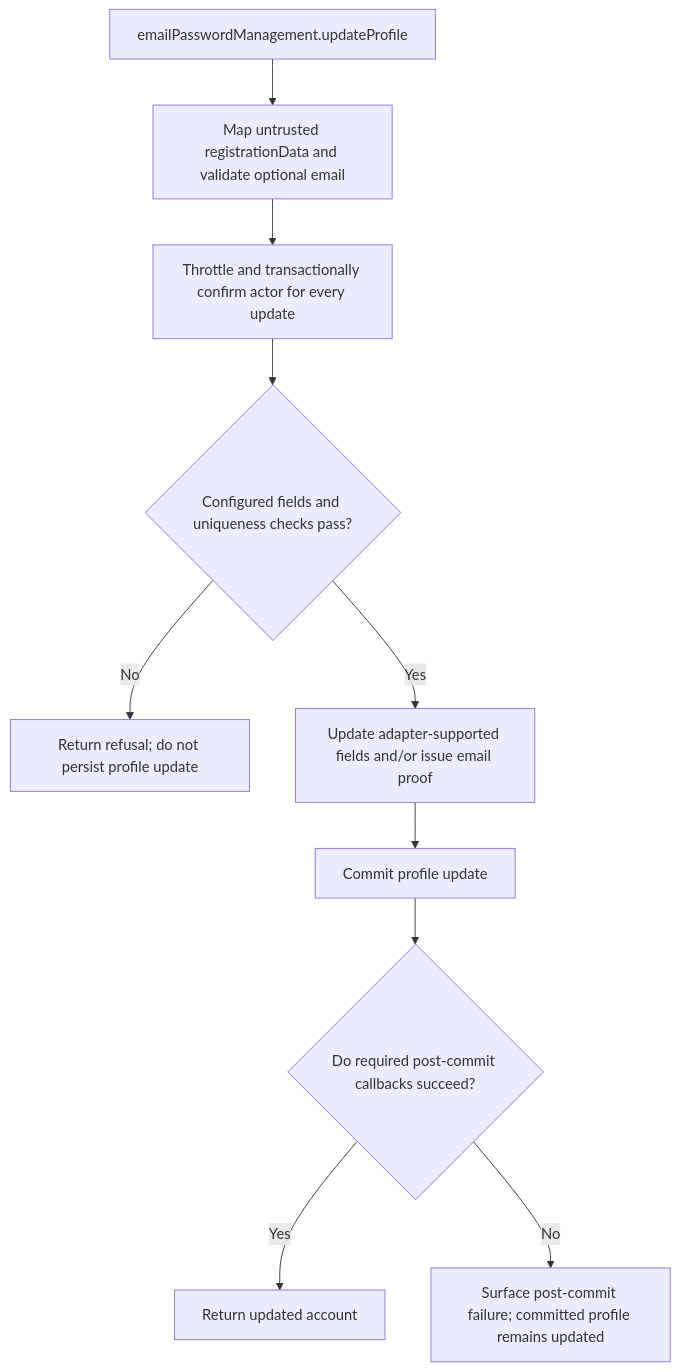
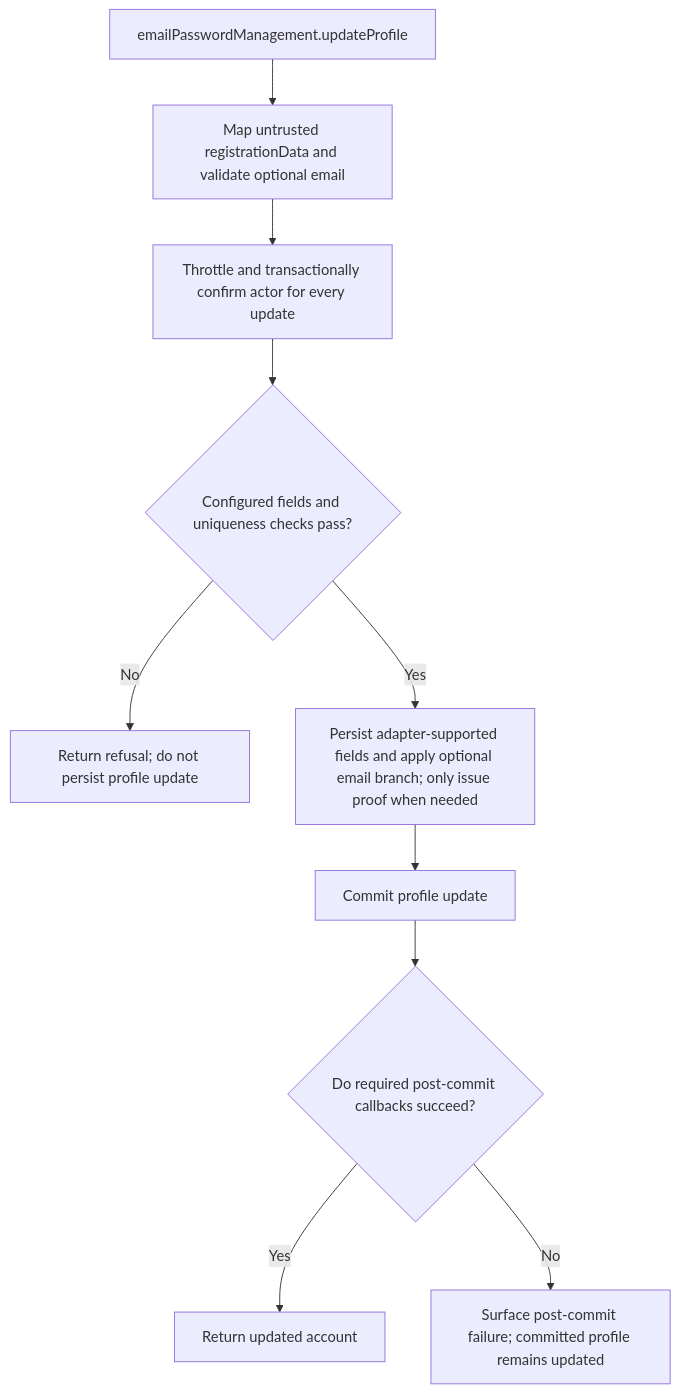
The second of 2 diagrams in user-stories/US-ACCOUNT-07-update-profile.md (Kevinjohn/oss-adonisjs-account-kit), drawn with Mermaid before and after one commit. The commit also changed other lines of this file and 43 other files, not shown here.

````diff
--- a/user-stories/US-ACCOUNT-07-update-profile.md
+++ b/user-stories/US-ACCOUNT-07-update-profile.md
@@ -31,12 +31,12 @@
 ```mermaid
 flowchart TD
  A["emailPasswordManagement.updateProfile"] --> B["Map untrusted registrationData and validate optional email"]
  B --> C["Throttle and transactionally confirm actor for every update"]
  C --> D{"Configured fields and uniqueness checks pass?"}
  D -->|No| E["Return refusal; do not persist profile update"]
- D -->|Yes| F["Update adapter-supported fields and/or issue email proof"]
+ D -->|Yes| F["Persist adapter-supported fields and apply optional email branch; only issue proof when needed"]
  F --> G["Commit profile update"]
  G --> H{"Do required post-commit callbacks succeed?"}
  H -->|Yes| I["Return updated account"]
  H -->|No| J["Surface post-commit failure; committed profile remains updated"]
 ```
````
